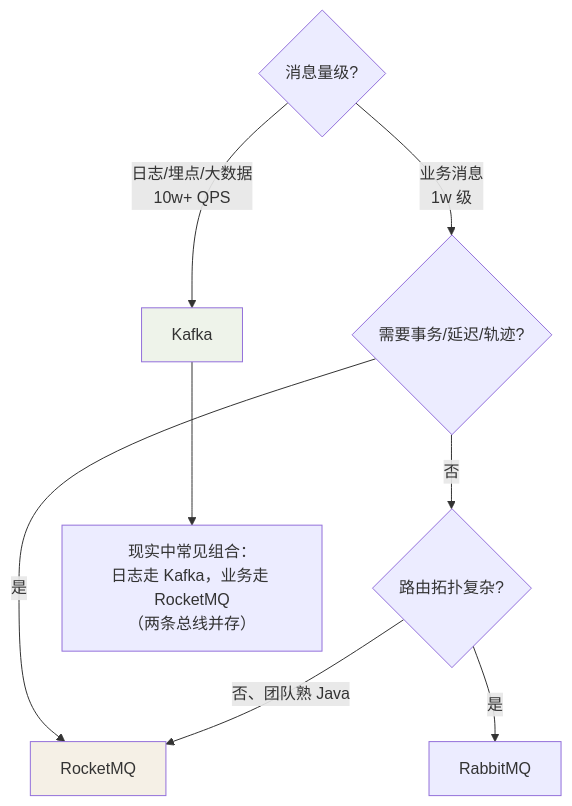
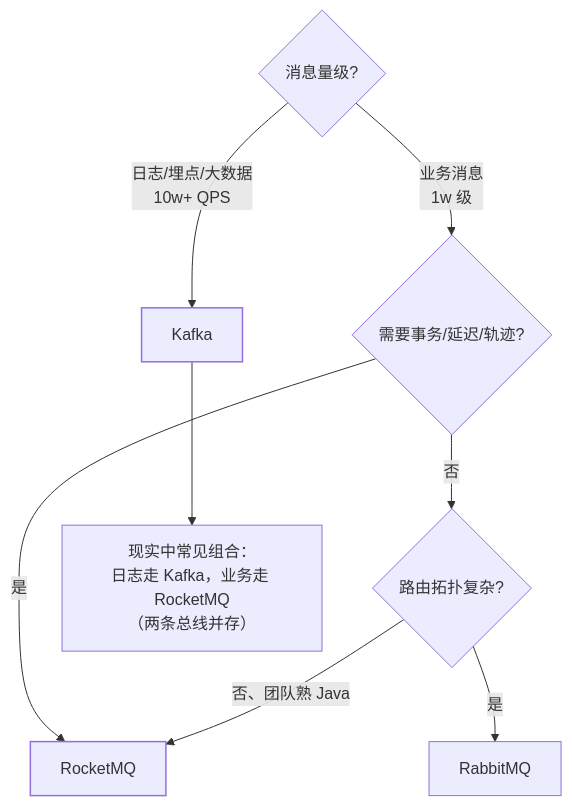
One commit to Loadhao/ascension changed the second of 2 diagrams in src/content/docs/middleware/basic/mq/02-mq-comparison.md. Above: the diagram before and after it, drawn with Mermaid. The commit also changed 87 other files, not shown here.

First line of the commit message:
fix: 全站图表配色改由主题接管，修复暗色主题下浅底浅字看不清

````diff
--- a/src/content/docs/middleware/basic/mq/02-mq-comparison.md
+++ b/src/content/docs/middleware/basic/mq/02-mq-comparison.md
@@ -76,13 +76,15 @@
 ```mermaid
 flowchart TB
     A{"消息量级?"} -->|日志/埋点/大数据<br/>10w+ QPS| K["Kafka"]
     A -->|业务消息<br/>1w 级| B{"需要事务/延迟/轨迹?"}
     B -->|是| R["RocketMQ"]
     B -->|否| C{"路由拓扑复杂?"}
     C -->|是| RB["RabbitMQ"]
     C -->|否、团队熟 Java| R
     K --> NOTE["现实中常见组合：<br/>日志走 Kafka，业务走 RocketMQ<br/>（两条总线并存）"]
 
-    style K fill:#eef3ea
-    style R fill:#f5f0e6
+    class K good
+    class R hl
+    classDef good stroke-width:1.5px
+    classDef hl stroke-width:1.5px
 ```
````
